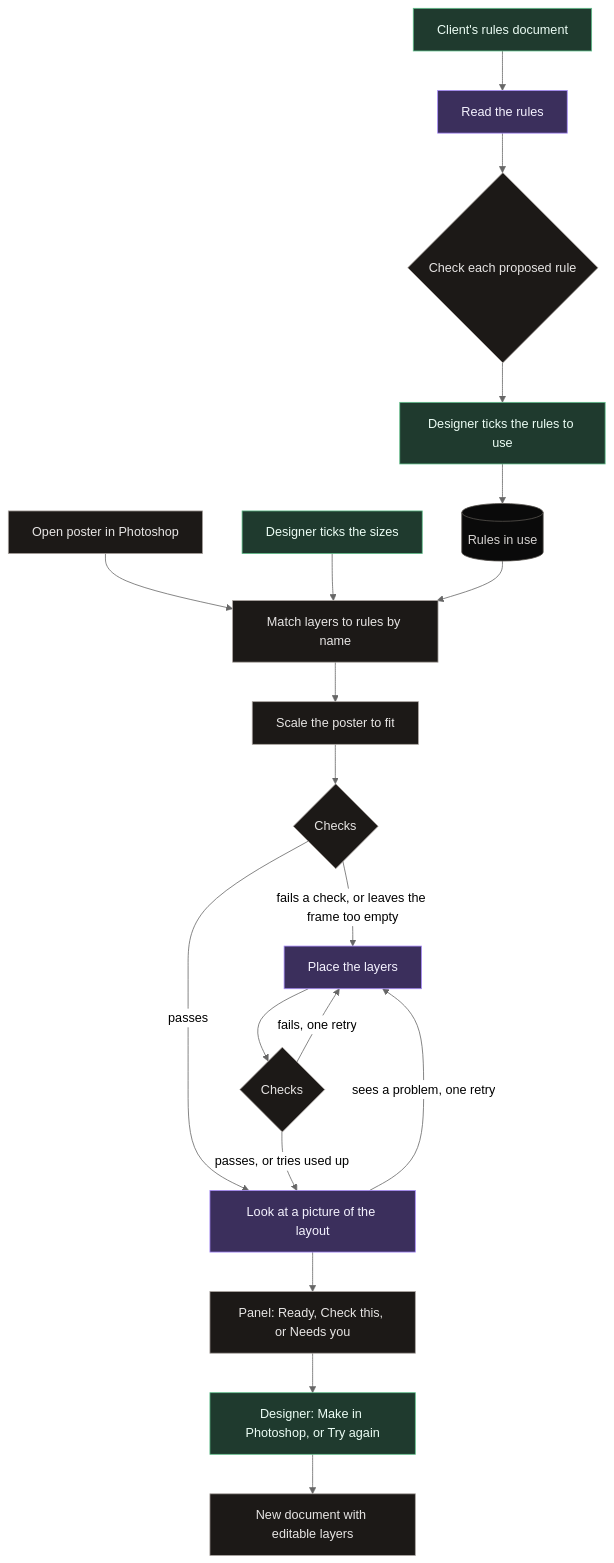
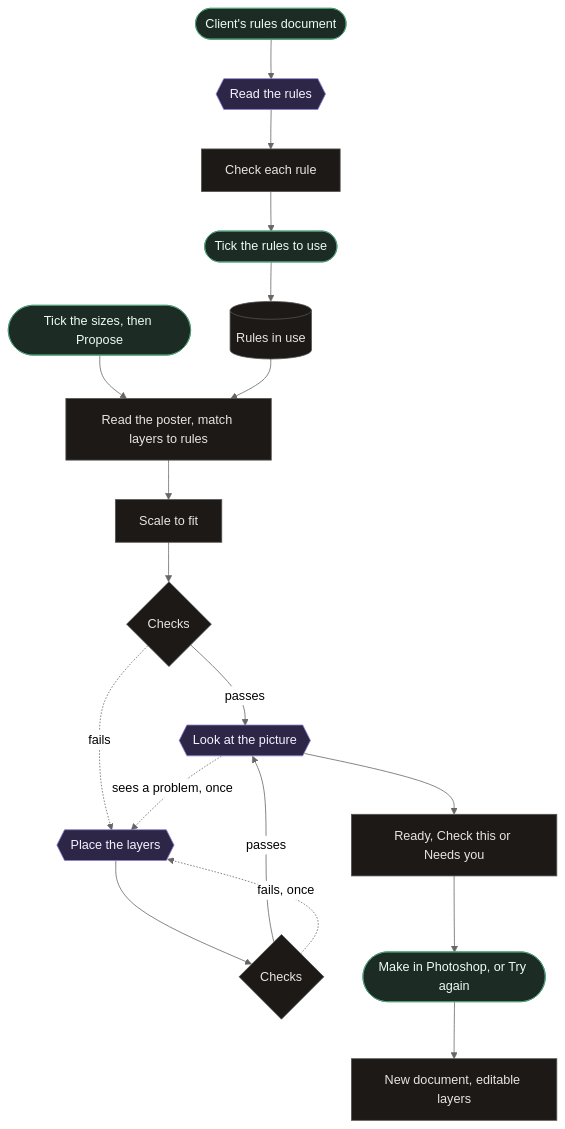
The diagram in README.md (treydenc/Dimensions-plugin), drawn with Mermaid (neutral theme) before and after one commit. The commit also changed other lines of this file, not shown here.

````diff
--- a/README.md
+++ b/README.md
@@ -40,30 +36,27 @@
 ```mermaid
 flowchart TD
-  rulesDoc["Client's rules document"]:::person --> read["Read the rules"]:::ai
-  read --> gateRules{"Check each proposed rule"}:::code
-  gateRules --> tick["Designer ticks the rules to use"]:::person
-  tick --> rules[("Rules in use")]:::store
+  rulesDoc(["Client's rules document"]):::person --> read{{"Read the rules"}}:::ai
+  read --> gateRules["Check each rule"]:::code
+  gateRules --> tick(["Tick the rules to use"]):::person
+  tick --> rules[("Rules in use")]:::code
 
-  doc["Open poster in Photoshop"]:::code --> match["Match layers to rules by name"]:::code
-  sizes["Designer ticks the sizes"]:::person --> match
+  sizes(["Tick the sizes, then Propose"]):::person --> match["Read the poster, match layers to rules"]:::code
   rules --> match
+  match --> fit["Scale to fit"]:::code
+  fit --> gate1{"Checks"}:::code
 
-  match --> fit["Scale the poster to fit"]:::code
-  fit --> gate1{"Checks"}:::code
-  gate1 -- "fails a check, or leaves the frame too empty" --> place["Place the layers"]:::ai
+  gate1 -->|passes| look{{"Look at the picture"}}:::ai
+  gate1 -.->|fails| place{{"Place the layers"}}:::ai
   place --> gate2{"Checks"}:::code
-  gate2 -- "fails, one retry" --> place
+  gate2 -->|passes| look
+  gate2 -.->|fails, once| place
+  look -.->|sees a problem, once| place
 
-  gate1 -- "passes" --> look["Look at a picture of the layout"]:::ai
-  gate2 -- "passes, or tries used up" --> look
-  look -- "sees a problem, one retry" --> place
+  look --> panel["Ready, Check this or Needs you"]:::code
+  panel --> yes(["Make in Photoshop, or Try again"]):::person
+  yes --> ps["New document, editable layers"]:::code
 
-  look --> panel["Panel: Ready, Check this, or Needs you"]:::code
-  panel --> yes["Designer: Make in Photoshop, or Try again"]:::person
-  yes --> ps["New document with editable layers"]:::code
-
-  classDef ai fill:#3b2f5c,stroke:#a78bfa,color:#f5f3ff
-  classDef code fill:#1c1917,stroke:#a8a29e,color:#e7e5e4
-  classDef person fill:#1f3a2e,stroke:#5fbf8a,color:#ecfdf5
-  classDef store fill:#0a0a0a,stroke:#57534e,color:#d6d3d1
+  classDef ai fill:#2e2647,stroke:#8b7fd1,color:#f5f3ff
+  classDef code fill:#1c1917,stroke:#57534e,color:#e7e5e4
+  classDef person fill:#1c2b24,stroke:#4f9d78,color:#ecfdf5
 ```
````
